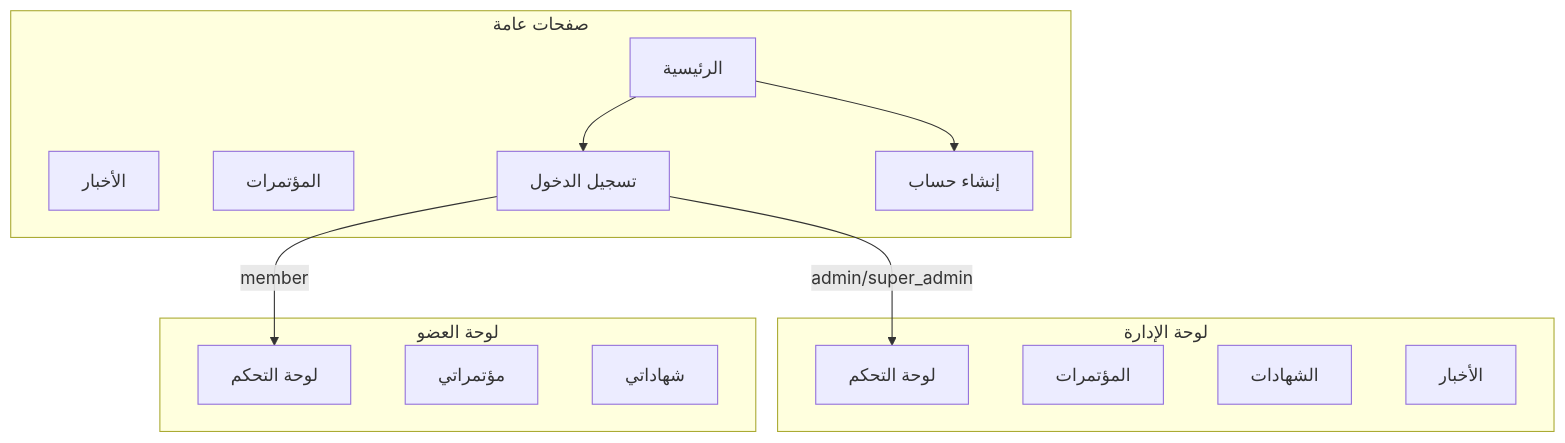
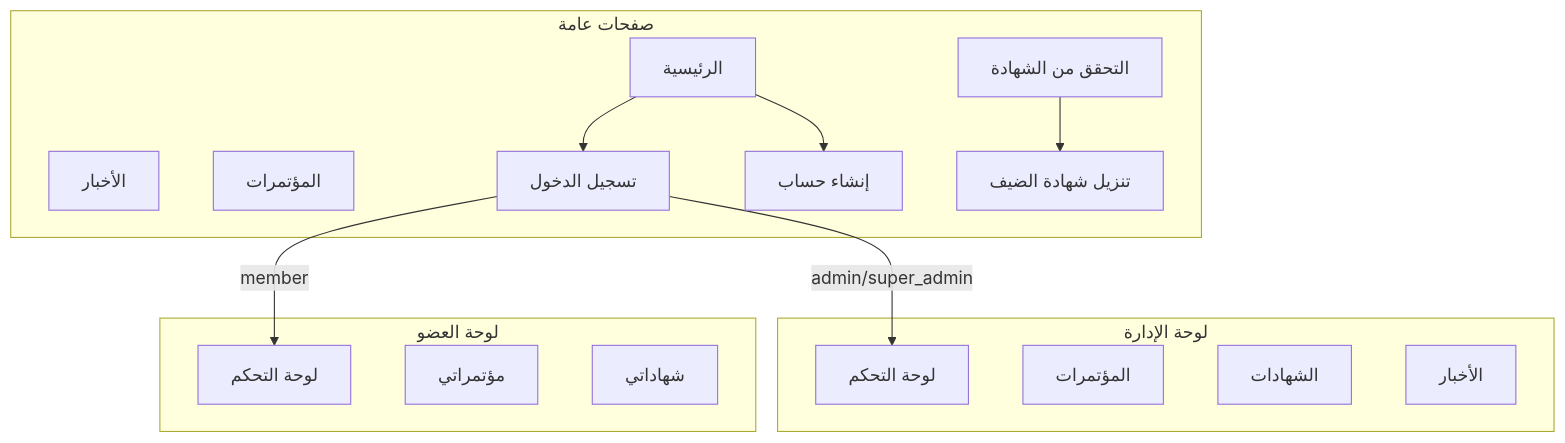
The diagram in docs/TEAM_GUIDE.md (mpro775/ysvs-project), drawn with Mermaid before and after one commit. The commit also changed other lines of this file and 31 other files, not shown here.

````diff
--- a/docs/TEAM_GUIDE.md
+++ b/docs/TEAM_GUIDE.md
@@ -114,25 +191,28 @@
 ```mermaid
 flowchart TB
     subgraph public [صفحات عامة]
         Home[الرئيسية]
         News[الأخبار]
         Events[المؤتمرات]
+        Verify[التحقق من الشهادة]
         Login[تسجيل الدخول]
         Register[إنشاء حساب]
+        GuestDownload[تنزيل شهادة الضيف]
     end
     subgraph admin [لوحة الإدارة]
         AdminDash[لوحة التحكم]
         AdminEvents[المؤتمرات]
         AdminCerts[الشهادات]
         AdminArticles[الأخبار]
     end
     subgraph member [لوحة العضو]
         MemberDash[لوحة التحكم]
         MemberEvents[مؤتمراتي]
         MemberCerts[شهاداتي]
     end
     Login -->|admin/super_admin| AdminDash
     Login -->|member| MemberDash
     Home --> Login
     Home --> Register
+    Verify --> GuestDownload
 ```
````
